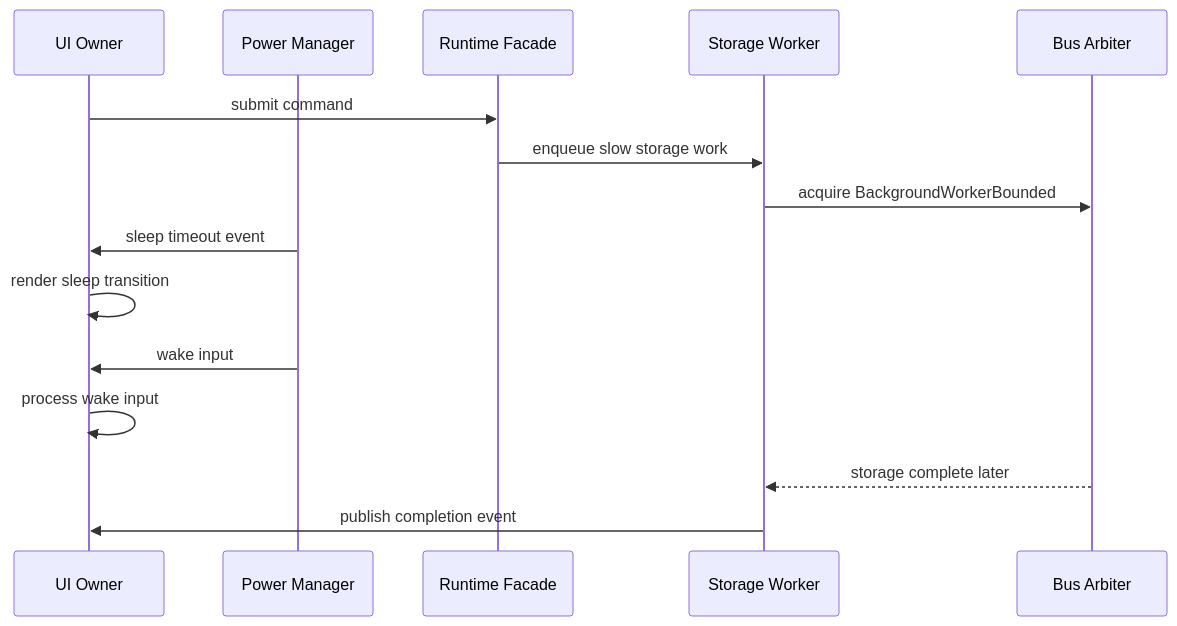
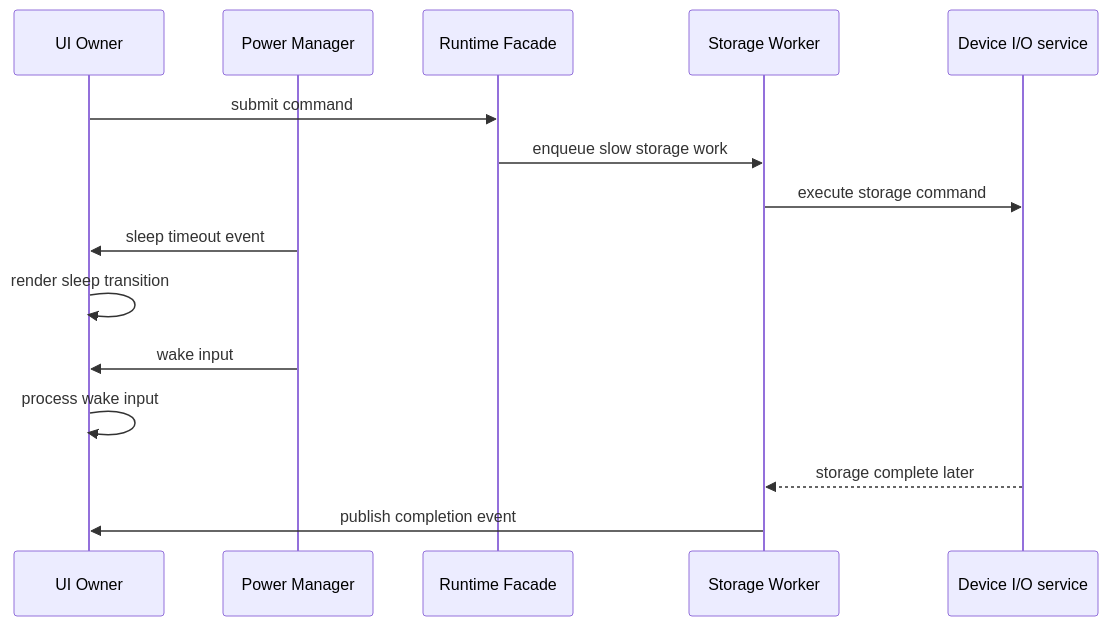
Before and after one commit to manmuqingshan/trail-mate: diagram 19 of 23 in docs/specification/UI_STORAGE_EVENT_RUNTIME_DESIGN_SPEC.md, drawn with Mermaid. The commit also changed other lines of this file and 95 other files, not shown here.

````diff
--- a/docs/specification/UI_STORAGE_EVENT_RUNTIME_DESIGN_SPEC.md
+++ b/docs/specification/UI_STORAGE_EVENT_RUNTIME_DESIGN_SPEC.md
@@ -1607,18 +1072,18 @@
 ```mermaid
 sequenceDiagram
   participant UI as UI Owner
   participant Power as Power Manager
   participant Runtime as Runtime Facade
   participant Worker as Storage Worker
-  participant Bus as Bus Arbiter
+  participant DeviceIo as Device I/O service
 
   UI->>Runtime: submit command
   Runtime->>Worker: enqueue slow storage work
-  Worker->>Bus: acquire BackgroundWorkerBounded
+  Worker->>DeviceIo: execute storage command
   Power->>UI: sleep timeout event
   UI->>UI: render sleep transition
   Power->>UI: wake input
   UI->>UI: process wake input
-  Bus-->>Worker: storage complete later
+  DeviceIo-->>Worker: storage complete later
   Worker->>UI: publish completion event
 ```
````
